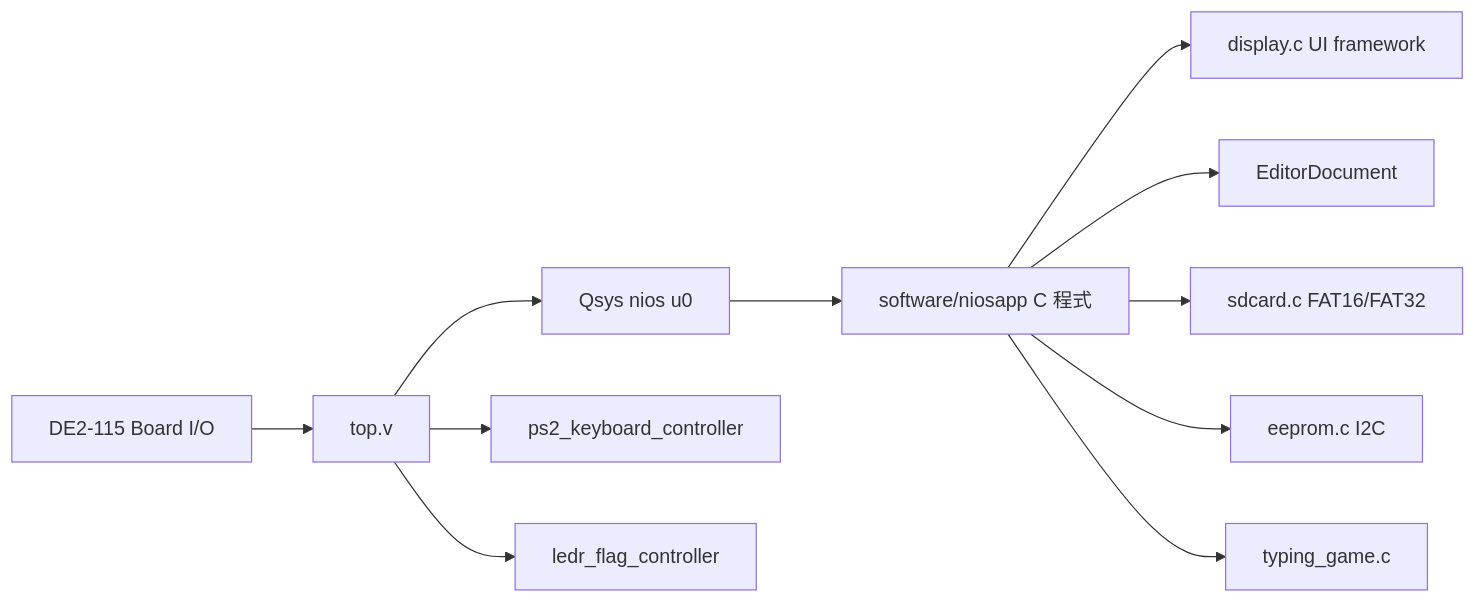
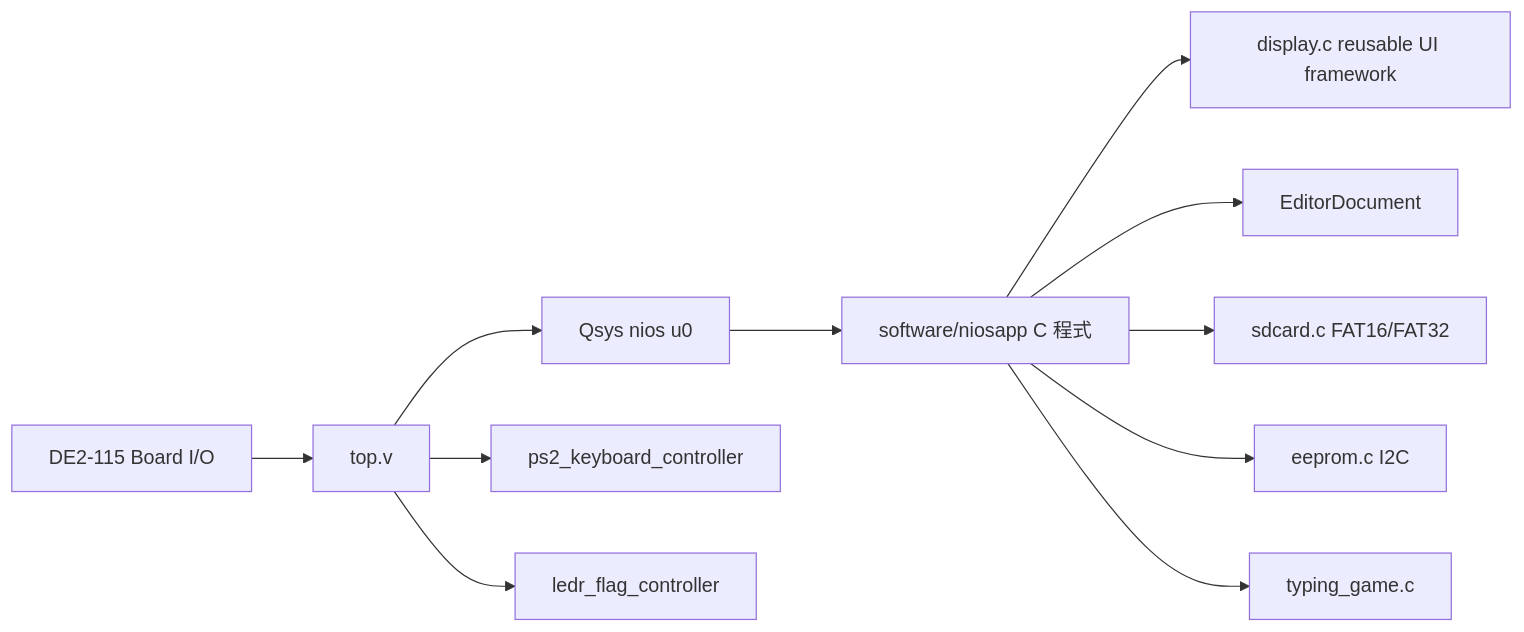
The first of 12 diagrams in docs/hierarchy.md (Dao-you/altera_nios_typewriter), drawn with Mermaid before and after one commit. The commit also changed other lines of this file, not shown here.

Commit message:
docs: clarify reusable UI framework design

````diff
--- a/docs/hierarchy.md
+++ b/docs/hierarchy.md
@@ -17,13 +17,13 @@
 ```mermaid
 flowchart LR
     Board[DE2-115 Board I/O] --> Top[top.v]
     Top --> Nios[Qsys nios u0]
     Top --> PS2[ps2_keyboard_controller]
     Top --> LEDR[ledr_flag_controller]
     Nios --> C[software/niosapp C 程式]
-    C --> UI[display.c UI framework]
+    C --> UI[display.c reusable UI framework]
     C --> Editor[EditorDocument]
     C --> SD[sdcard.c FAT16/FAT32]
     C --> EEPROM[eeprom.c I2C]
     C --> Typing[typing_game.c]
 ```
````
